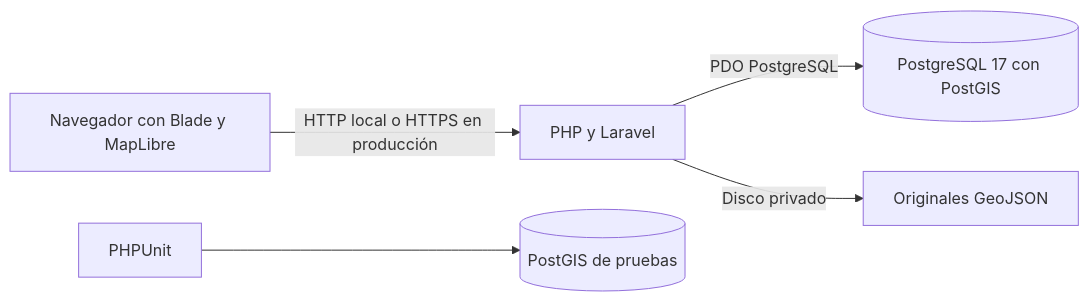
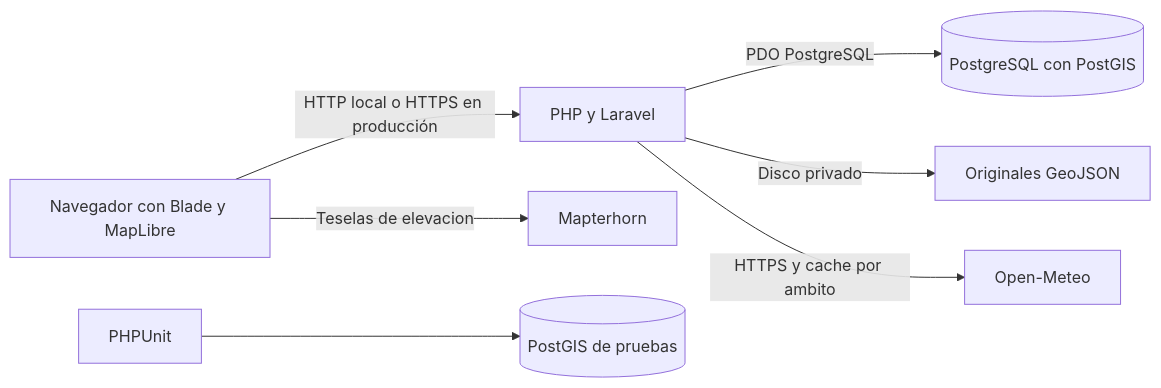
The third of 4 diagrams in docs/arquitectura.md (FRANKBKUP/ProIng-Urbatwin), drawn with Mermaid before and after one commit. The commit also changed other lines of this file and 20 other files, not shown here.

```diff
--- a/docs/arquitectura.md
+++ b/docs/arquitectura.md
@@ -88,7 +88,9 @@
 ~~~mermaid
 flowchart LR
     B[Navegador con Blade y MapLibre] -->|HTTP local o HTTPS en producción| W[PHP y Laravel]
-    W -->|PDO PostgreSQL| P[(PostgreSQL 17 con PostGIS)]
+    W -->|PDO PostgreSQL| P[(PostgreSQL con PostGIS)]
     W -->|Disco privado| A[Originales GeoJSON]
+    W -->|HTTPS y cache por ambito| M[Open-Meteo]
+    B -->|Teselas de elevacion| E[Mapterhorn]
     T[PHPUnit] --> P2[(PostGIS de pruebas)]
 ~~~
```
